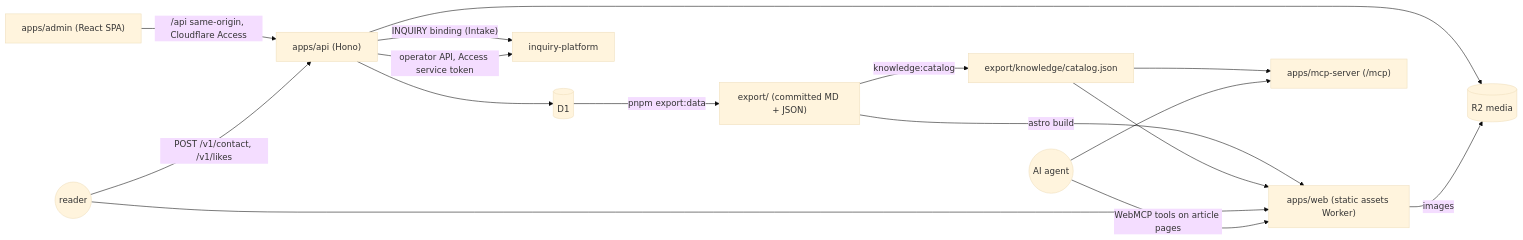
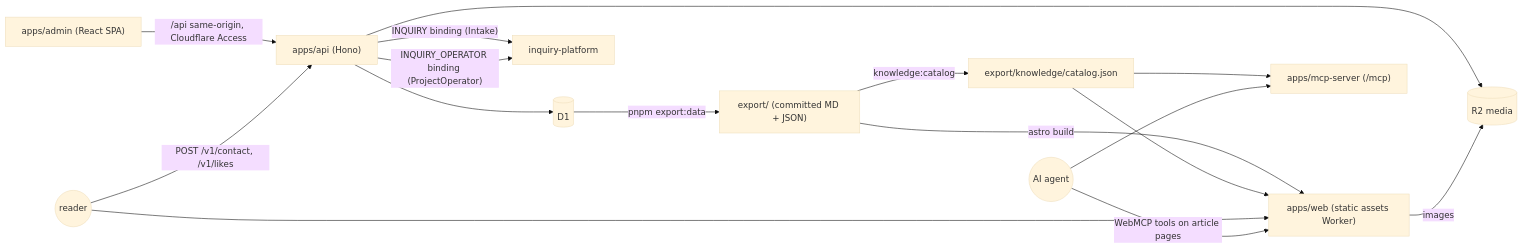
Before and after one commit to tomoki013/tomokichi-diary: the diagram in docs/ARCHITECTURE.md, drawn with Mermaid (base theme). The commit also changed other lines of this file and 13 other files, not shown here.

First line of the commit message:
feat: manage inquiries through the platform's ProjectOperator binding

````diff
--- a/docs/ARCHITECTURE.md
+++ b/docs/ARCHITECTURE.md
@@ -14,18 +14,18 @@
 ```mermaid
 flowchart LR
   Admin["apps/admin (React SPA)"] -- "/api same-origin, Cloudflare Access" --> API["apps/api (Hono)"]
   API --> D1[(D1)]
   API --> R2[(R2 media)]
   D1 -- "pnpm export:data" --> Export["export/ (committed MD + JSON)"]
   Export -- "astro build" --> Web["apps/web (static assets Worker)"]
   Export -- "knowledge:catalog" --> Catalog["export/knowledge/catalog.json"]
   Catalog --> Web
   Catalog --> MCP["apps/mcp-server (/mcp)"]
   Reader((reader)) --> Web
   Reader -- "POST /v1/contact, /v1/likes" --> API
   API -- "INQUIRY binding (Intake)" --> Inquiry["inquiry-platform"]
-  API -- "operator API, Access service token" --> Inquiry
+  API -- "INQUIRY_OPERATOR binding (ProjectOperator)" --> Inquiry
   Agent((AI agent)) --> MCP
   Agent -- "WebMCP tools on article pages" --> Web
   Web -- "images" --> R2
 ```
````
